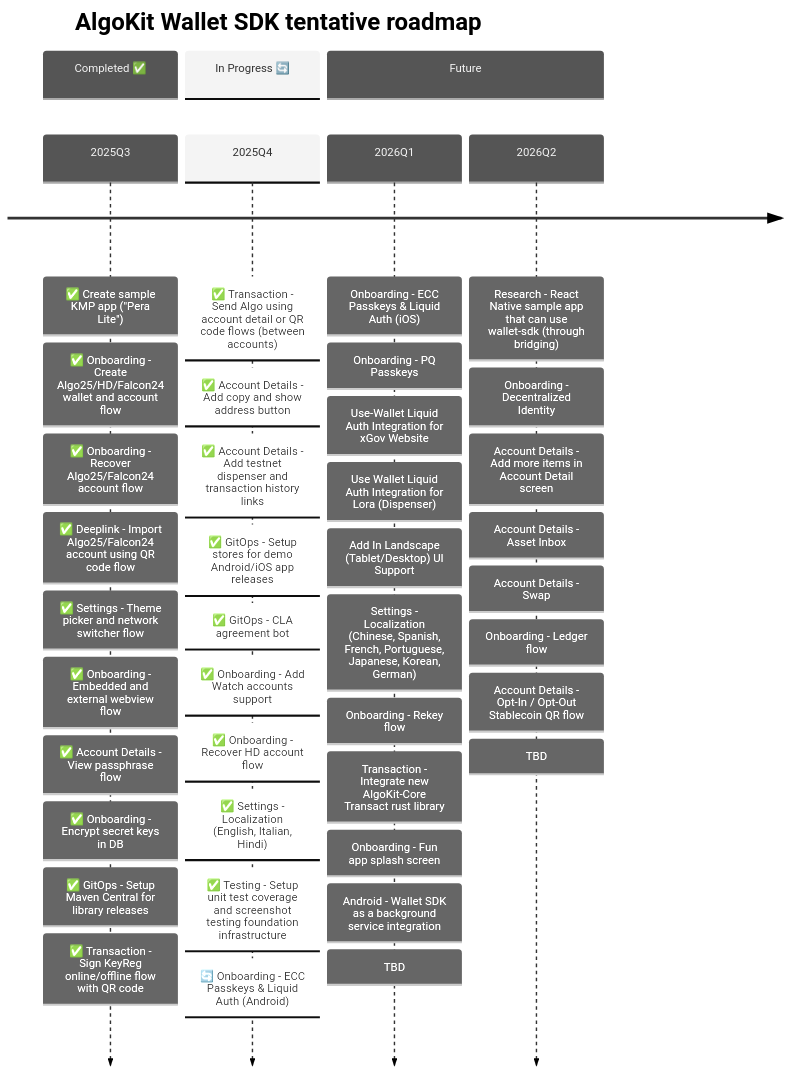
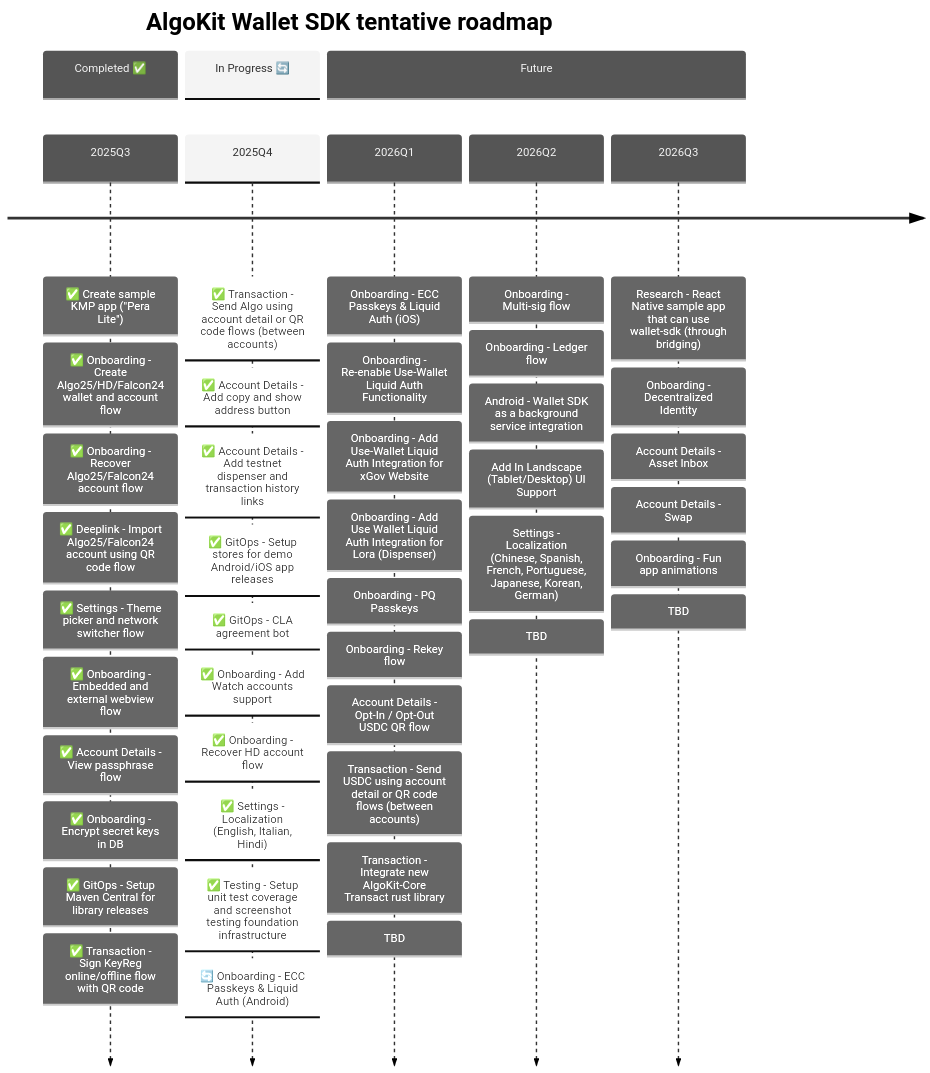
Before and after one commit to michaeltchuangllc/algokit-walletsdk-kmp: the second of 3 diagrams in README.md, drawn with Mermaid.

Commit message:
docs: update roadmap for 2026 (#186)

````diff
--- a/README.md
+++ b/README.md
@@ -67,54 +67,58 @@
 ```mermaid
 ---
 config:
   theme: 'neutral'
 ---
 timeline
     title AlgoKit Wallet SDK tentative roadmap
 
     section Completed ✅
     2025Q3  : ✅ Create sample KMP app ("Pera Lite")
             : ✅ Onboarding - Create Algo25/HD/Falcon24 wallet and account flow
             : ✅ Onboarding - Recover Algo25/Falcon24 account flow
             : ✅ Deeplink - Import Algo25/Falcon24 account using QR code flow
             : ✅ Settings - Theme picker and network switcher flow
             : ✅ Onboarding - Embedded and external webview flow
             : ✅ Account Details - View passphrase flow
             : ✅ Onboarding - Encrypt secret keys in DB
             : ✅ GitOps - Setup Maven Central for library releases
             : ✅ Transaction - Sign KeyReg online/offline flow with QR code
 
     section In Progress 🔄
     2025Q4  : ✅ Transaction - Send Algo using account detail or QR code flows (between accounts)
             : ✅ Account Details - Add copy and show address button
             : ✅ Account Details - Add testnet dispenser and transaction history links
             : ✅ GitOps - Setup stores for demo Android/iOS app releases
             : ✅ GitOps - CLA agreement bot
             : ✅ Onboarding - Add Watch accounts support
             : ✅ Onboarding - Recover HD account flow
             : ✅ Settings - Localization (English, Italian, Hindi)
             : ✅ Testing - Setup unit test coverage and screenshot testing foundation infrastructure
             : 🔄 Onboarding - ECC Passkeys & Liquid Auth (Android)
 
     section Future
     2026Q1  : Onboarding - ECC Passkeys & Liquid Auth (iOS)
+            : Onboarding - Re-enable Use-Wallet Liquid Auth Functionality
+            : Onboarding - Add Use-Wallet Liquid Auth Integration for xGov Website
+            : Onboarding - Add Use Wallet Liquid Auth Integration for Lora (Dispenser)
             : Onboarding - PQ Passkeys
-            : Use-Wallet Liquid Auth Integration for xGov Website
-            : Use Wallet Liquid Auth Integration for Lora (Dispenser)
+            : Onboarding - Rekey flow
+            : Account Details - Opt-In / Opt-Out USDC QR flow
+            : Transaction - Send USDC using account detail or QR code flows (between accounts)
+            : Transaction - Integrate new AlgoKit-Core Transact rust library
+            : TBD
+    2026Q2   
+            : Onboarding - Multi-sig flow
+            : Onboarding - Ledger flow
+            : Android - Wallet SDK as a background service integration
             : Add In Landscape (Tablet/Desktop) UI Support
             : Settings - Localization (Chinese, Spanish, French, Portuguese, Japanese, Korean, German)
-            : Onboarding - Rekey flow
-            : Transaction - Integrate new AlgoKit-Core Transact rust library
-            : Onboarding - Fun app splash screen
-            : Android - Wallet SDK as a background service integration
             : TBD
-    2026Q2   
+    2026Q3
             : Research - React Native sample app that can use wallet-sdk (through bridging)
             : Onboarding - Decentralized Identity
-            : Account Details - Add more items in Account Detail screen
             : Account Details - Asset Inbox
             : Account Details - Swap
-            : Onboarding - Ledger flow
-            : Account Details - Opt-In / Opt-Out Stablecoin QR flow
+            : Onboarding - Fun app animations
             : TBD
 ```
````
